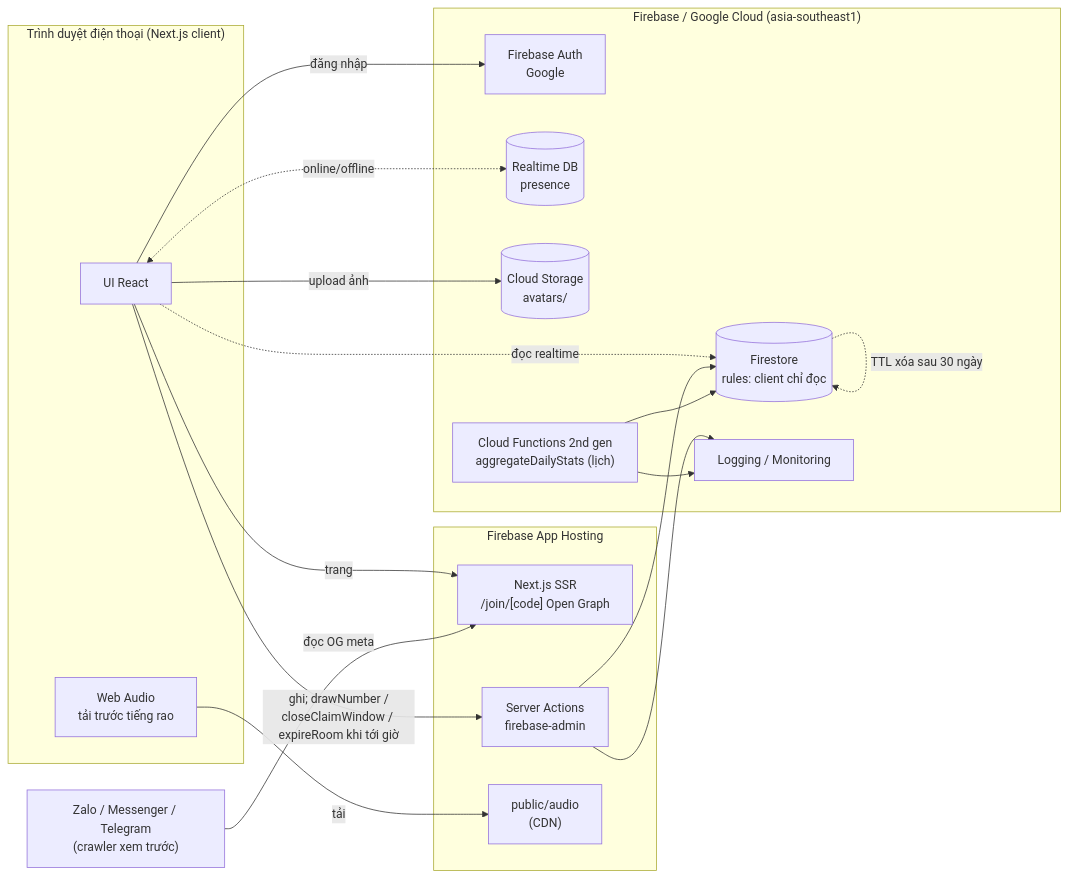
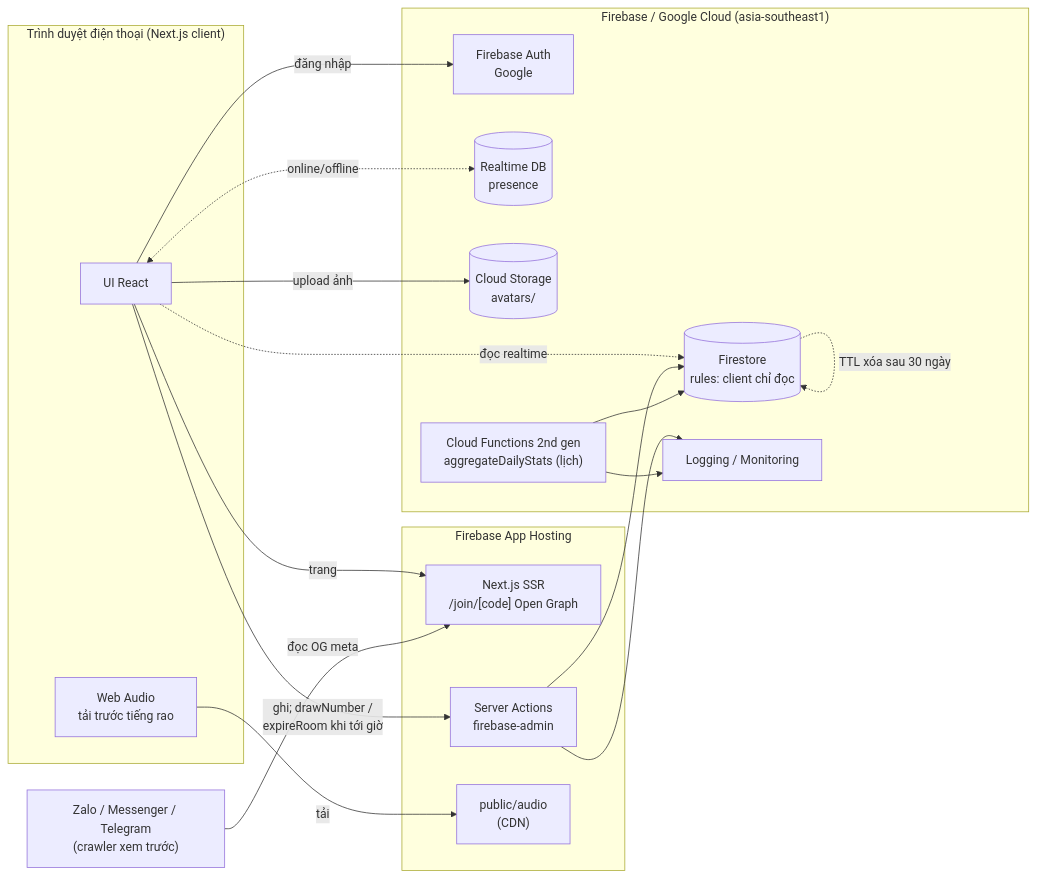
Before and after one commit to Thachdong/loto: the diagram in specs/tech-stack.md, drawn with Mermaid. The commit also changed other lines of this file and 22 other files, not shown here.

Commit message:
feat(specs): add room code, host-leave-closes, host-approve-claim (Q-055..Q-058)

````diff
--- a/specs/tech-stack.md
+++ b/specs/tech-stack.md
@@ -56,35 +56,35 @@
 ```mermaid
 flowchart LR
   subgraph Client["Trình duyệt điện thoại (Next.js client)"]
     UI["UI React"]
     AU["Web Audio<br/>tải trước tiếng rao"]
   end
   subgraph AH["Firebase App Hosting"]
     SSR["Next.js SSR<br/>/join/[code] Open Graph"]
     SA["Server Actions<br/>firebase-admin"]
     ST_A["public/audio<br/>(CDN)"]
   end
   subgraph FB["Firebase / Google Cloud (asia-southeast1)"]
     AUTH["Firebase Auth<br/>Google"]
     FS[("Firestore<br/>rules: client chỉ đọc")]
     RTDB[("Realtime DB<br/>presence")]
     GCS[("Cloud Storage<br/>avatars/")]
     FN["Cloud Functions 2nd gen<br/>aggregateDailyStats (lịch)"]
     MON["Logging / Monitoring"]
   end
   CHAT["Zalo / Messenger / Telegram<br/>(crawler xem trước)"]
 
   UI -->|đăng nhập| AUTH
   UI -->|trang| SSR
-  UI -->|ghi; drawNumber /<br/>closeClaimWindow / expireRoom khi tới giờ| SA
+  UI -->|ghi; drawNumber /<br/>expireRoom khi tới giờ| SA
   UI -.->|đọc realtime| FS
   UI <-.->|online/offline| RTDB
   UI -->|upload ảnh| GCS
   AU -->|tải| ST_A
   CHAT -->|đọc OG meta| SSR
   SA --> FS
   FN --> FS
   SA --> MON
   FN --> MON
   FS -.->|TTL xóa sau 30 ngày| FS
 ```
````
